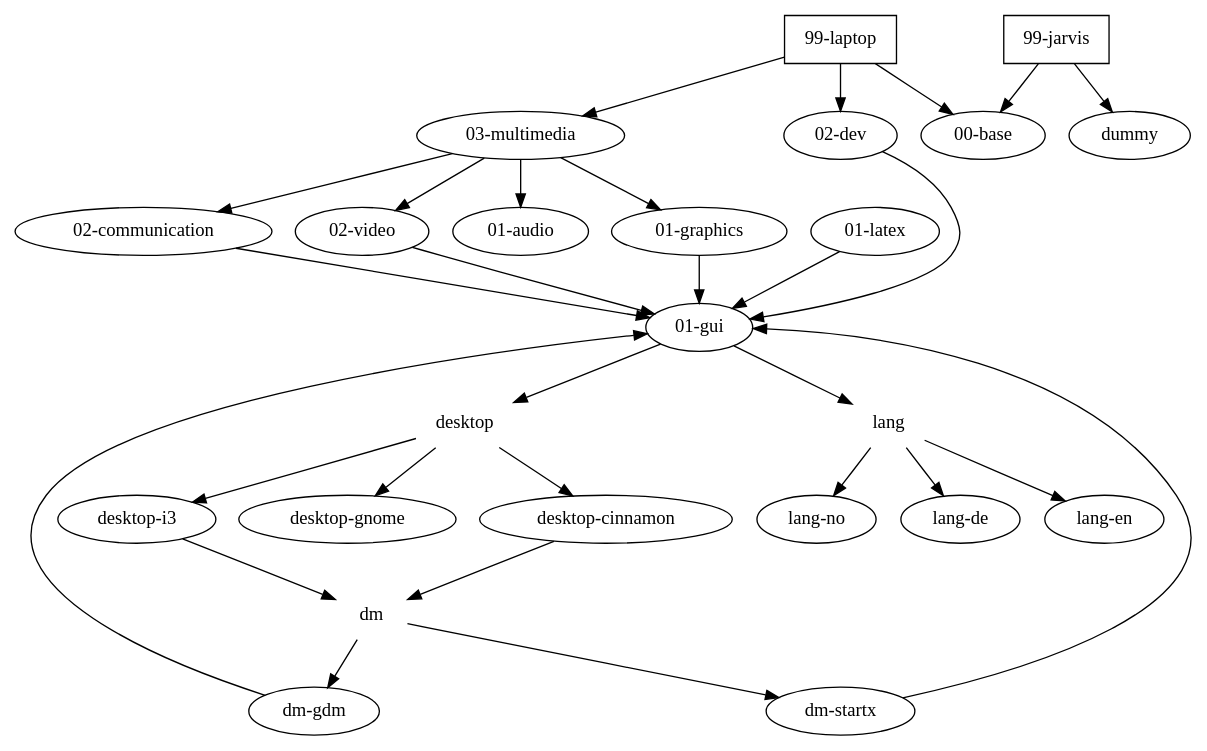
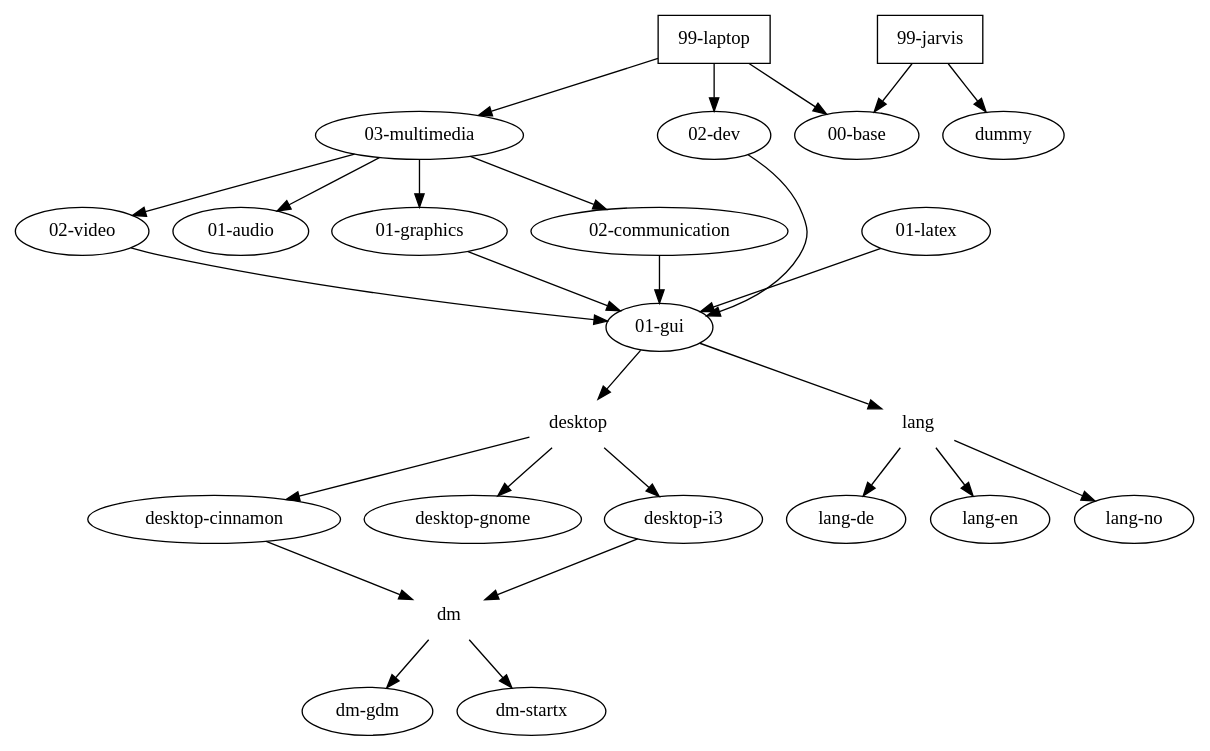
Before and after one commit to laerling/config: the diagram in tree.dot, drawn with Graphviz. The commit also changed 3 other files, not shown here.

```diff
--- a/tree.dot
+++ b/tree.dot
@@ -1,77 +1,75 @@
 strict digraph G{
 
 hd_laptop[label="99-laptop", shape=box];
 hd_laptop -> base;
 hd_laptop -> multimedia;
 hd_laptop -> dev;
 
 hd_jarvis[label="99-jarvis", shape=box];
 hd_jarvis -> base;
 hd_jarvis -> dummy;
 
 
 base[label="00-base"]; #every holodeck depends on this
 
 multimedia[label="03-multimedia"];
 multimedia -> video;
 multimedia -> audio;
 multimedia -> graphics;
 multimedia -> communication;
 
 dev[label="02-dev"];
 dev -> gui;
 
 
 communication[label="02-communication"];
 communication -> gui;
 
 video[label="02-video"];
 video -> gui;
 
 audio[label="01-audio"];
 
 graphics[label="01-graphics"];
 graphics -> gui;
 
 latex[label="01-latex"];
 latex -> gui;
 
 
 gui[label="01-gui"];
 gui -> desktop;
 gui -> lang;
 
 desktop[shape="plaintext"];
 desktop -> desktop_cinnamon;
 desktop -> desktop_gnome;
 desktop -> desktop_i3;
 
 desktop_cinnamon[label="desktop-cinnamon"];
 desktop_cinnamon -> dm;
 
 desktop_gnome[label="desktop-gnome"];
 
 desktop_i3[label="desktop-i3"];
 desktop_i3 -> dm;
 
 dm[shape="plaintext"];
 dm -> dm_gdm;
 dm -> dm_startx;
 
 dm_gdm[label="dm-gdm"];
-dm_gdm -> gui;
 dm_startx[label="dm-startx"];
-dm_startx -> gui;
 
 lang[shape="plaintext"];
 lang -> lang_de;
 lang -> lang_en;
 lang -> lang_no;
 
 lang_de[label="lang-de"];
 lang_en[label="lang-en"];
 lang_no[label="lang-no"];
 
 dummy[label="dummy"];
 
 }
```
